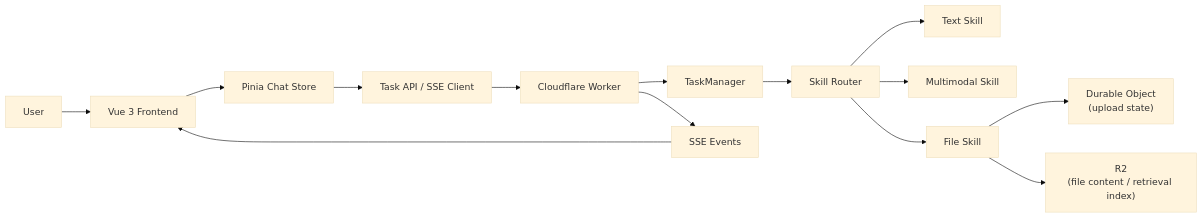
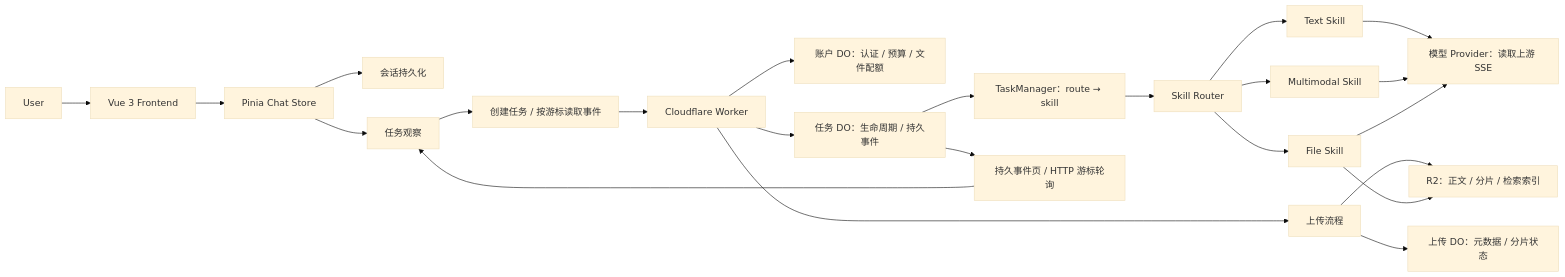
One commit to dandan812/ai-tool-chat changed the diagram in README.md. Above: the diagram before and after it, drawn with Mermaid (base theme). The commit also changed other lines of this file and 174 other files, not shown here.

````diff
--- a/README.md
+++ b/README.md
@@ -68,16 +90,25 @@
 ```mermaid
 flowchart LR
   User["User"] --> Frontend["Vue 3 Frontend"]
   Frontend --> Store["Pinia Chat Store"]
-  Store --> API["Task API / SSE Client"]
+  Store --> Sessions["会话持久化"]
+  Store --> Observer["任务观察"]
+  Observer --> API["创建任务 / 按游标读取事件"]
   API --> Worker["Cloudflare Worker"]
-  Worker --> TM["TaskManager"]
+  Worker --> Accounts["账户 DO：认证 / 预算 / 文件配额"]
+  Worker --> Durable["任务 DO：生命周期 / 持久事件"]
+  Durable --> TM["TaskManager：route → skill"]
   TM --> Skill["Skill Router"]
   Skill --> Text["Text Skill"]
   Skill --> Multi["Multimodal Skill"]
   Skill --> File["File Skill"]
-  File --> DO["Durable Object\n(upload state)"]
-  File --> R2["R2\n(file content / retrieval index)"]
-  Worker --> SSE["SSE Events"]
-  SSE --> Frontend
+  Worker --> Upload["上传流程"]
+  Upload --> DO["上传 DO：元数据 / 分片状态"]
+  Upload --> R2["R2：正文 / 分片 / 检索索引"]
+  File --> R2
+  Text --> Provider["模型 Provider：读取上游 SSE"]
+  Multi --> Provider
+  File --> Provider
+  Durable --> Events["持久事件页 / HTTP 游标轮询"]
+  Events --> Observer
 ```
````
